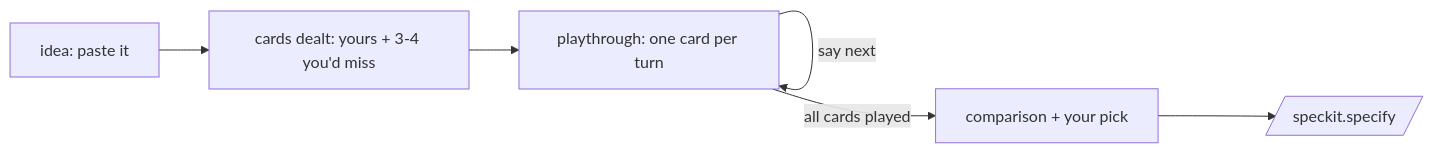
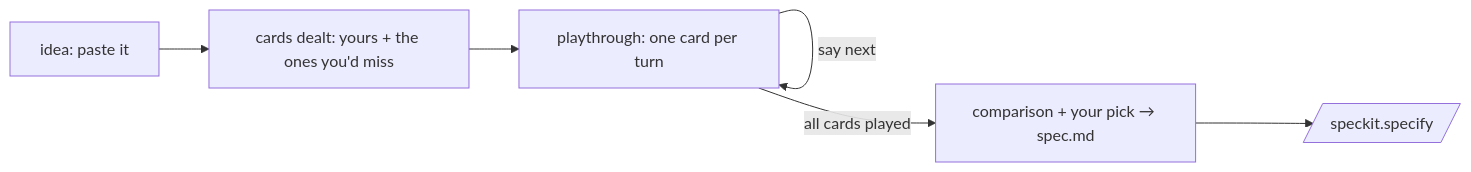
Before and after one commit to bendlikeabamboo/mayon: the diagram in .specify/extensions/prespec/README.md, drawn with Mermaid. The commit also changed other lines of this file and 6 other files, not shown here.

````diff
--- a/.specify/extensions/prespec/README.md
+++ b/.specify/extensions/prespec/README.md
@@ -11,6 +11,6 @@
 ```mermaid
 flowchart LR
-    I[idea: paste it] --> D[cards dealt: yours + 3-4 you'd miss] --> P[playthrough: one card per turn]
+    I[idea: paste it] --> D[cards dealt: yours + the ones you'd miss] --> P[playthrough: one card per turn]
     P -->|say next| P
-    P -->|all cards played| V[comparison + your pick] --> SPEC[/speckit.specify/]
+    P -->|all cards played| V[comparison + your pick → spec.md] --> SPEC[/speckit.specify/]
 ```
````
